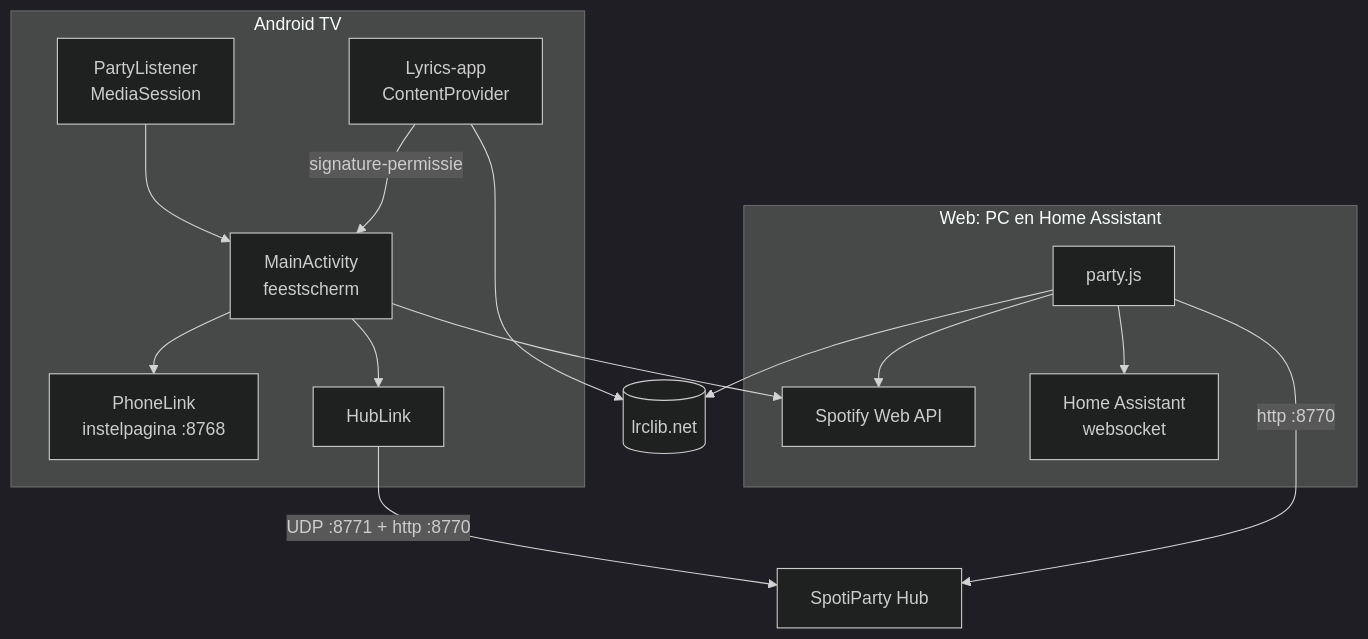
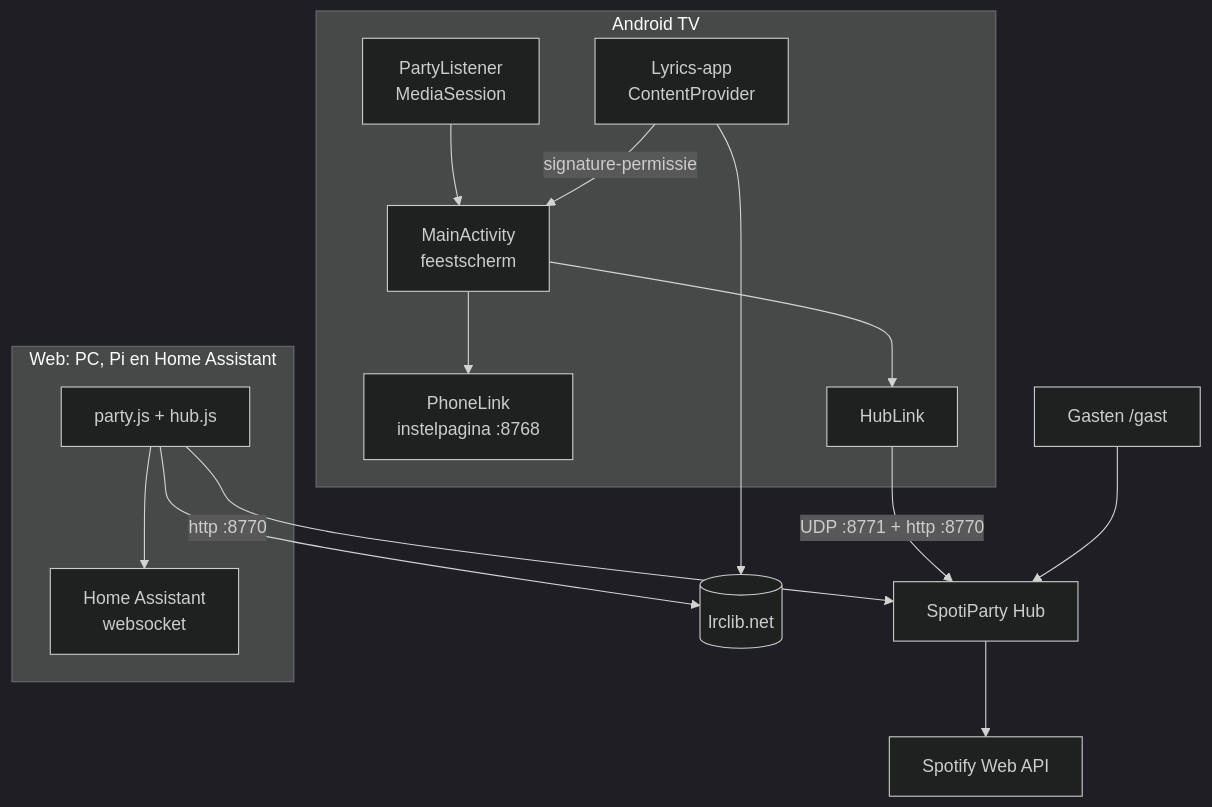
Before and after one commit to CodeAura/SpotiParty: the diagram in docs/ontwikkelaars/projectstructuur.md, drawn with Mermaid (dark theme). The commit also changed other lines of this file and 28 other files, not shown here.

First line of the commit message:
docs: updated for 2.7.0 (Spotify at the Hub, party games, auto-update, release steps)

````diff
--- a/docs/ontwikkelaars/projectstructuur.md
+++ b/docs/ontwikkelaars/projectstructuur.md
@@ -37,18 +45,18 @@
 ```mermaid
 flowchart TB
     subgraph TV[Android TV]
         PL[PartyListener<br/>MediaSession] --> MA[MainActivity<br/>feestscherm]
         LY[Lyrics-app<br/>ContentProvider] -->|signature-permissie| MA
         MA --> PH[PhoneLink<br/>instelpagina :8768]
         MA --> HL[HubLink]
     end
     HL -->|UDP :8771 + http :8770| HUB[SpotiParty Hub]
     PJ -->|http :8770| HUB
-    subgraph WEB[Web: PC en Home Assistant]
-        PJ[party.js] --> SPAPI[Spotify Web API]
-        PJ --> HAWS[Home Assistant<br/>websocket]
+    subgraph WEB[Web: PC, Pi en Home Assistant]
+        PJ[party.js + hub.js] --> HAWS[Home Assistant<br/>websocket]
     end
+    HUB --> SPAPI[Spotify Web API]
+    G[Gasten /gast] --> HUB
     LY --> LR[(lrclib.net)]
     PJ --> LR
-    MA --> SPAPI
 ```
````
